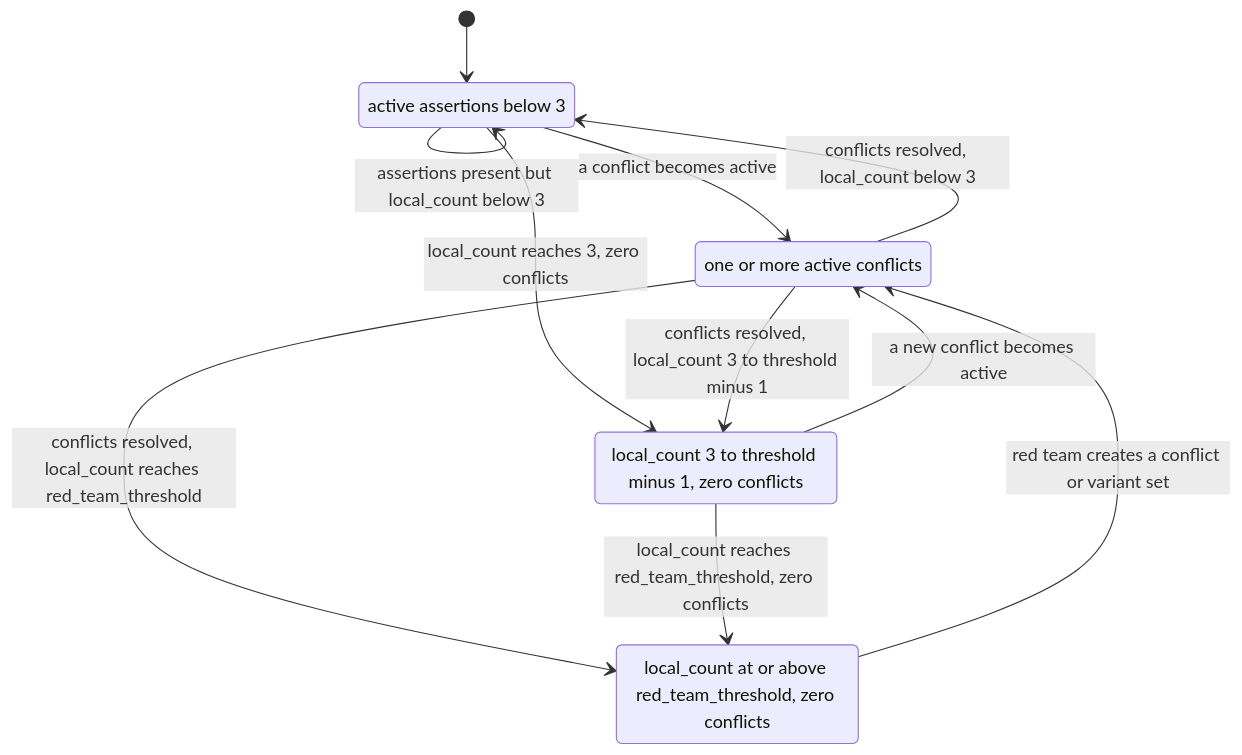
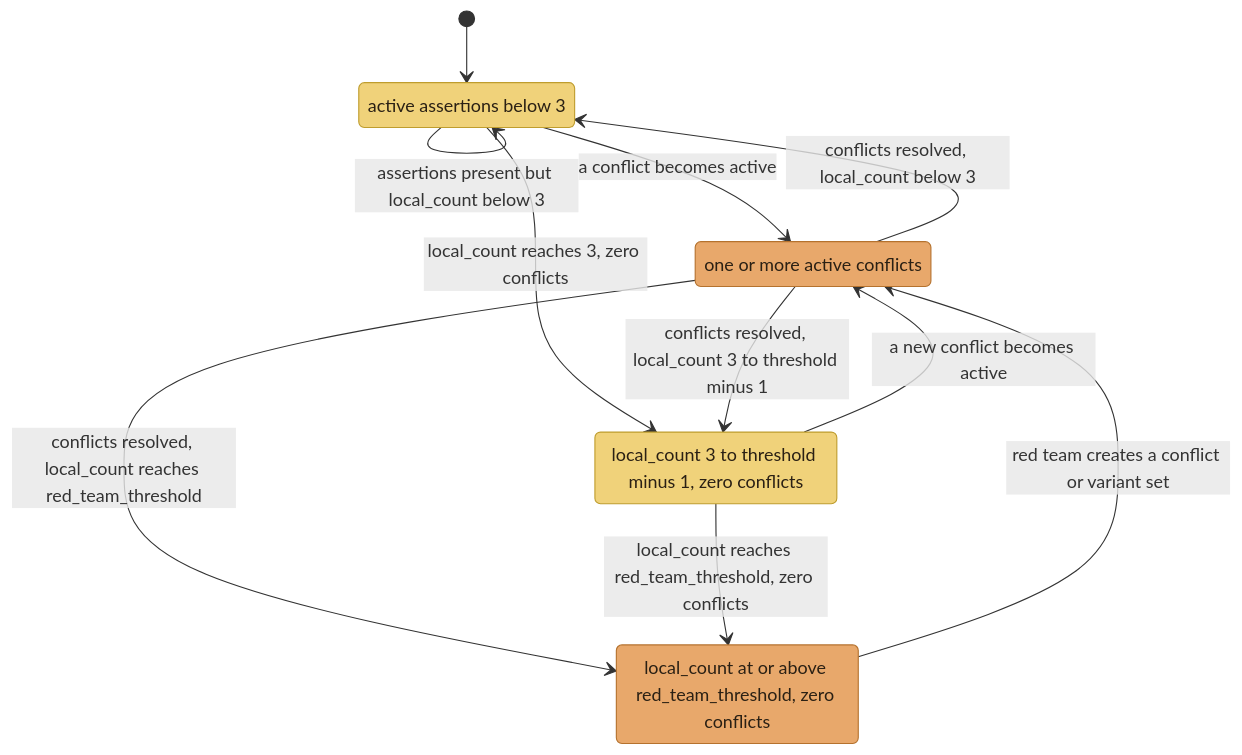
Before and after one commit to JosephOIbrahim/Cognitive-Bridge: the fourth of 8 diagrams in README.md, drawn with Mermaid. The commit also changed other lines of this file, not shown here.

First line of the commit message:
[docs] restyle mermaid diagrams + close-the-loop polish

````diff
--- a/README.md
+++ b/README.md
@@ -420,17 +433,21 @@
 ```mermaid
 stateDiagram-v2
     [*] --> LEARNING
     LEARNING: active assertions below 3
     ENGAGED: one or more active conflicts
     AUTHORITATIVE: local_count 3 to threshold minus 1, zero conflicts
     RED_TEAMING: local_count at or above red_team_threshold, zero conflicts
     LEARNING --> ENGAGED: a conflict becomes active
     LEARNING --> AUTHORITATIVE: local_count reaches 3, zero conflicts
     LEARNING --> LEARNING: assertions present but local_count below 3
     ENGAGED --> AUTHORITATIVE: conflicts resolved, local_count 3 to threshold minus 1
     ENGAGED --> RED_TEAMING: conflicts resolved, local_count reaches red_team_threshold
     ENGAGED --> LEARNING: conflicts resolved, local_count below 3
     AUTHORITATIVE --> ENGAGED: a new conflict becomes active
     AUTHORITATIVE --> RED_TEAMING: local_count reaches red_team_threshold, zero conflicts
     RED_TEAMING --> ENGAGED: red team creates a conflict or variant set
+    classDef orange fill:#E8A86B,stroke:#B5722E,color:#2A2014;
+    classDef yellow fill:#F0D27A,stroke:#BF9D2E,color:#2A2014;
+    class ENGAGED,RED_TEAMING orange
+    class LEARNING,AUTHORITATIVE yellow
 ```
````
